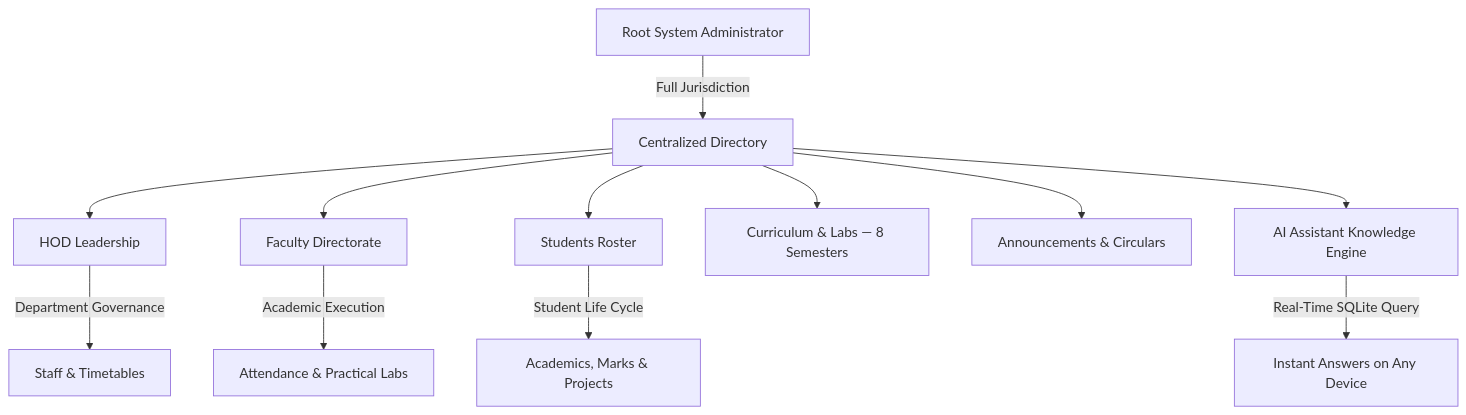
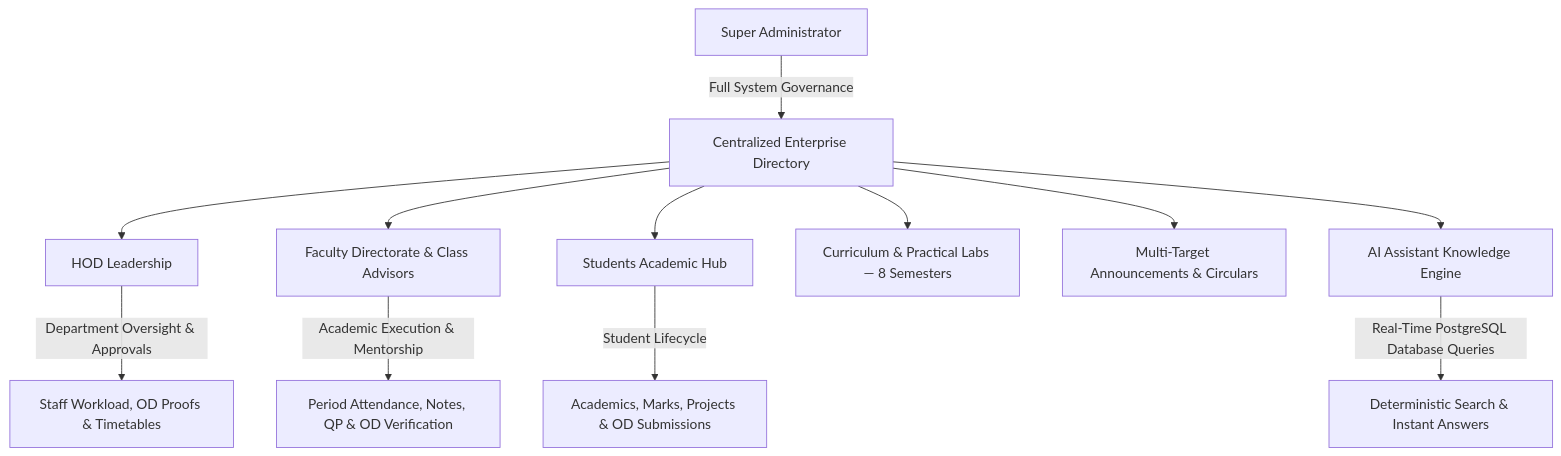
One commit to logeshwaran2097-hue/AIDS-Digital-Portal changed the diagram in README.md. Above: the diagram before and after it, drawn with Mermaid. The commit also changed other lines of this file, not shown here.

Commit message:
docs: modernize README with PostgreSQL Supabase, live deployment links, and pure database architecture

````diff
--- a/README.md
+++ b/README.md
@@ -21,15 +25,15 @@
 ```mermaid
 graph TD
-    A[Root System Administrator] -->|Full Jurisdiction| B[Centralized Directory]
+    A[Super Administrator] -->|Full System Governance| B[Centralized Enterprise Directory]
     B --> C[HOD Leadership]
-    B --> D[Faculty Directorate]
-    B --> E[Students Roster]
-    B --> F[Curriculum & Labs — 8 Semesters]
-    B --> G[Announcements & Circulars]
+    B --> D[Faculty Directorate & Class Advisors]
+    B --> E[Students Academic Hub]
+    B --> F[Curriculum & Practical Labs — 8 Semesters]
+    B --> G[Multi-Target Announcements & Circulars]
     B --> H[AI Assistant Knowledge Engine]
     
-    C -->|Department Governance| I[Staff & Timetables]
-    D -->|Academic Execution| J[Attendance & Practical Labs]
-    E -->|Student Life Cycle| K[Academics, Marks & Projects]
-    H -->|Real-Time SQLite Query| L[Instant Answers on Any Device]
+    C -->|Department Oversight & Approvals| I[Staff Workload, OD Proofs & Timetables]
+    D -->|Academic Execution & Mentorship| J[Period Attendance, Notes, QP & OD Verification]
+    E -->|Student Lifecycle| K[Academics, Marks, Projects & OD Submissions]
+    H -->|Real-Time PostgreSQL Database Queries| L[Deterministic Search & Instant Answers]
 ```
````
